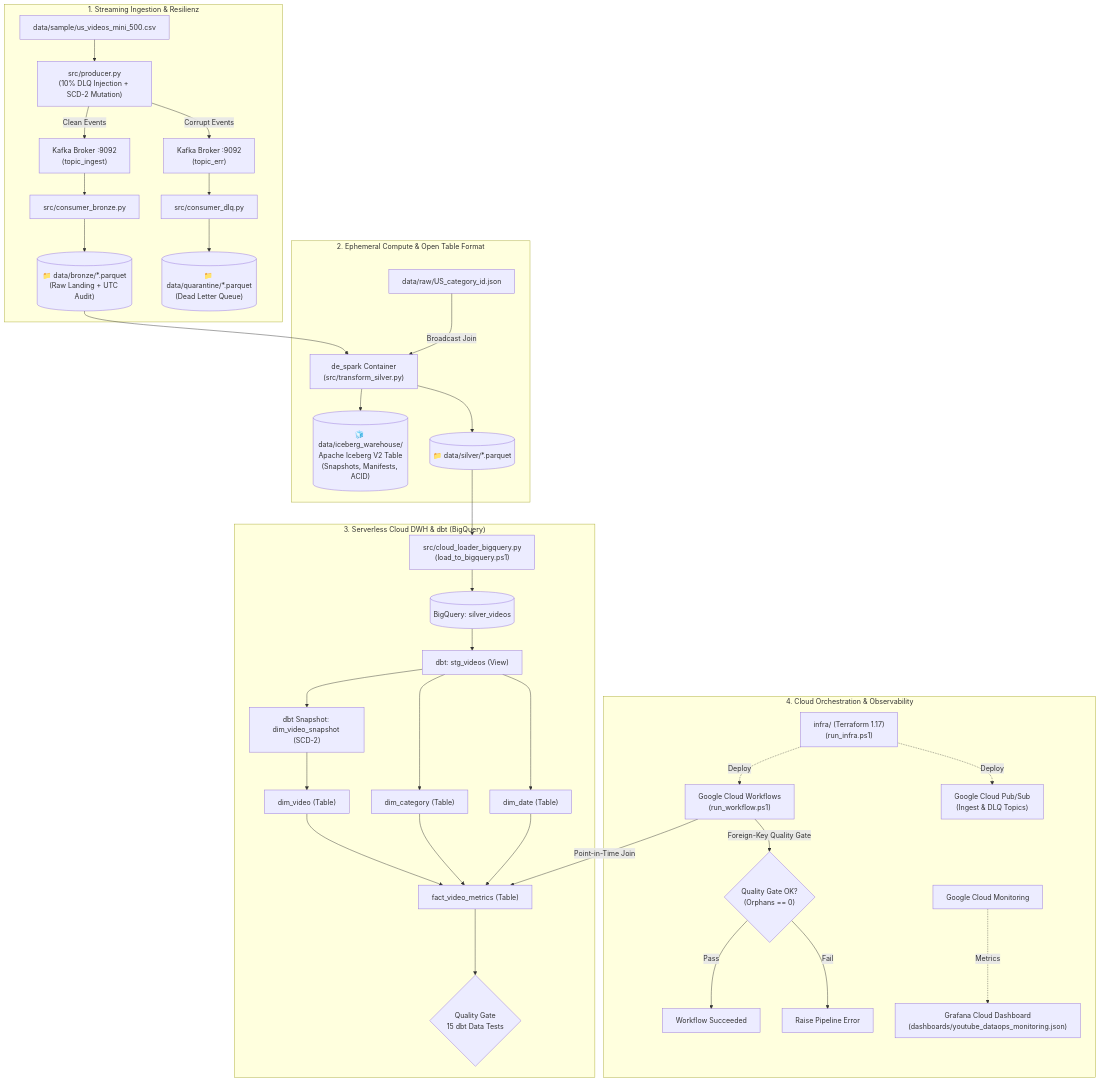
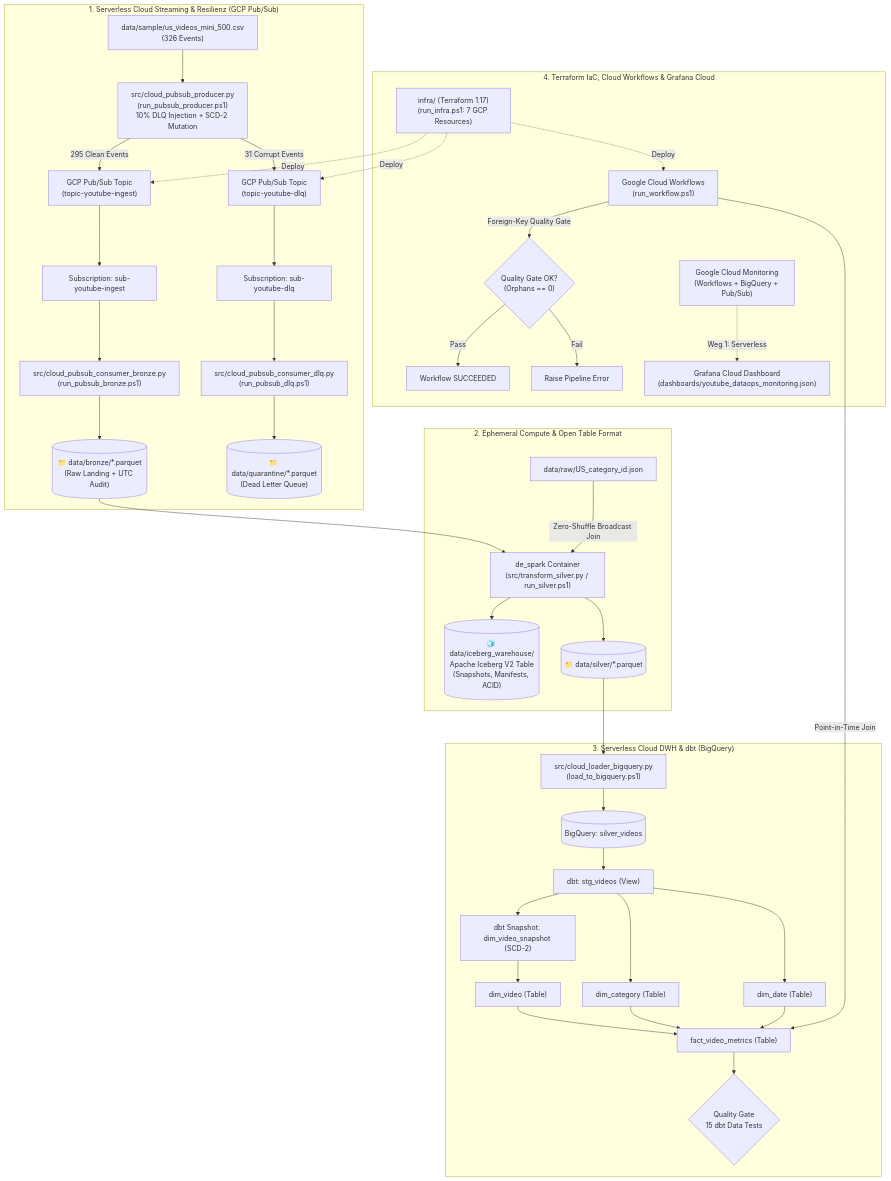
The first of 2 diagrams in README.md (BHW80/DE_Capstone_2026), drawn with Mermaid before and after one commit. The commit also changed other lines of this file and 10 other files, not shown here.

Commit message:
feat(v2.1): replace local Kafka with Serverless Cloud Pub/Sub, add 3-release process deep-dive, enterprise risk analysis & 25 interview Q&As

````diff
--- a/README.md
+++ b/README.md
@@ -98,47 +106,50 @@
 ```mermaid
 flowchart TD
-    subgraph Streaming ["1. Streaming Ingestion & Resilienz"]
-        RAW["data/sample/us_videos_mini_500.csv"] --> PROD["src/producer.py\n(10% DLQ Injection + SCD-2 Mutation)"]
-        PROD -->|Clean Events| KAFKA["Kafka Broker :9092\n(topic_ingest)"]
-        PROD -->|Corrupt Events| DLQ["Kafka Broker :9092\n(topic_err)"]
-        KAFKA --> BRONZE_C["src/consumer_bronze.py"]
-        DLQ --> DLQ_C["src/consumer_dlq.py"]
+    subgraph CloudStreaming ["1. Serverless Cloud Streaming & Resilienz (GCP Pub/Sub)"]
+        RAW["data/sample/us_videos_mini_500.csv\n(326 Events)"] --> PROD["src/cloud_pubsub_producer.py\n(run_pubsub_producer.ps1)\n10% DLQ Injection + SCD-2 Mutation"]
+        PROD -->|295 Clean Events| PS_INGEST["GCP Pub/Sub Topic\n(topic-youtube-ingest)"]
+        PROD -->|31 Corrupt Events| PS_DLQ["GCP Pub/Sub Topic\n(topic-youtube-dlq)"]
+        PS_INGEST --> SUB_I["Subscription: sub-youtube-ingest"]
+        PS_DLQ --> SUB_D["Subscription: sub-youtube-dlq"]
+        SUB_I --> BRONZE_C["src/cloud_pubsub_consumer_bronze.py\n(run_pubsub_bronze.ps1)"]
+        SUB_D --> DLQ_C["src/cloud_pubsub_consumer_dlq.py\n(run_pubsub_dlq.ps1)"]
         BRONZE_C --> BRONZE_P[("📁 data/bronze/*.parquet\n(Raw Landing + UTC Audit)")]
         DLQ_C --> QUAR_P[("📁 data/quarantine/*.parquet\n(Dead Letter Queue)")]
     end
 
     subgraph Lakehouse ["2. Ephemeral Compute & Open Table Format"]
-        BRONZE_P --> SPARK_SILVER["de_spark Container\n(src/transform_silver.py)"]
-        CAT_JSON["data/raw/US_category_id.json"] -->|Broadcast Join| SPARK_SILVER
+        BRONZE_P --> SPARK_SILVER["de_spark Container\n(src/transform_silver.py / run_silver.ps1)"]
+        CAT_JSON["data/raw/US_category_id.json"] -->|Zero-Shuffle Broadcast Join| SPARK_SILVER
         SPARK_SILVER --> ICEBERG[("🧊 data/iceberg_warehouse/\nApache Iceberg V2 Table\n(Snapshots, Manifests, ACID)")]
         SPARK_SILVER --> SILVER_P[("📁 data/silver/*.parquet")]
     end
 
     subgraph DWH ["3. Serverless Cloud DWH & dbt (BigQuery)"]
         SILVER_P --> BQ_LOADER["src/cloud_loader_bigquery.py\n(load_to_bigquery.ps1)"]
         BQ_LOADER --> BQ_RAW[("BigQuery: silver_videos")]
         
         BQ_RAW --> DBT_STG["dbt: stg_videos (View)"]
         DBT_STG --> DBT_SNAP["dbt Snapshot: dim_video_snapshot (SCD-2)"]
         DBT_SNAP --> DIM_V["dim_video (Table)"]
         DBT_STG --> DIM_C["dim_category (Table)"]
         DBT_STG --> DIM_D["dim_date (Table)"]
         
         DIM_V --> FACT["fact_video_metrics (Table)"]
         DIM_C --> FACT
         DIM_D --> FACT
         
         FACT --> DBT_TESTS{"Quality Gate\n15 dbt Data Tests"}
     end
 
-    subgraph CloudOps ["4. Cloud Orchestration & Observability"]
-        TERRAFORM["infra/ (Terraform 1.17)\n(run_infra.ps1)"] -.->|Deploy| WORKFLOW["Google Cloud Workflows\n(run_workflow.ps1)"]
-        TERRAFORM -.->|Deploy| PUBSUB["Google Cloud Pub/Sub\n(Ingest & DLQ Topics)"]
+    subgraph CloudOps ["4. Terraform IaC, Cloud Workflows & Grafana Cloud"]
+        TERRAFORM["infra/ (Terraform 1.17)\n(run_infra.ps1: 7 GCP Resources)"] -.->|Deploy| WORKFLOW["Google Cloud Workflows\n(run_workflow.ps1)"]
+        TERRAFORM -.->|Deploy| PS_INGEST
+        TERRAFORM -.->|Deploy| PS_DLQ
         WORKFLOW -->|Point-in-Time Join| FACT
         WORKFLOW -->|Foreign-Key Quality Gate| Q_CHECK{"Quality Gate OK?\n(Orphans == 0)"}
-        Q_CHECK -->|Pass| SUCCESS["Workflow Succeeded"]
+        Q_CHECK -->|Pass| SUCCESS["Workflow SUCCEEDED"]
         Q_CHECK -->|Fail| RAISE["Raise Pipeline Error"]
         
-        GCP_MON["Google Cloud Monitoring"] -.->|Metrics| GRAFANA["Grafana Cloud Dashboard\n(dashboards/youtube_dataops_monitoring.json)"]
+        GCP_MON["Google Cloud Monitoring\n(Workflows + BigQuery + Pub/Sub)"] -.->|Weg 1: Serverless| GRAFANA["Grafana Cloud Dashboard\n(dashboards/youtube_dataops_monitoring.json)"]
     end
 ```
````
